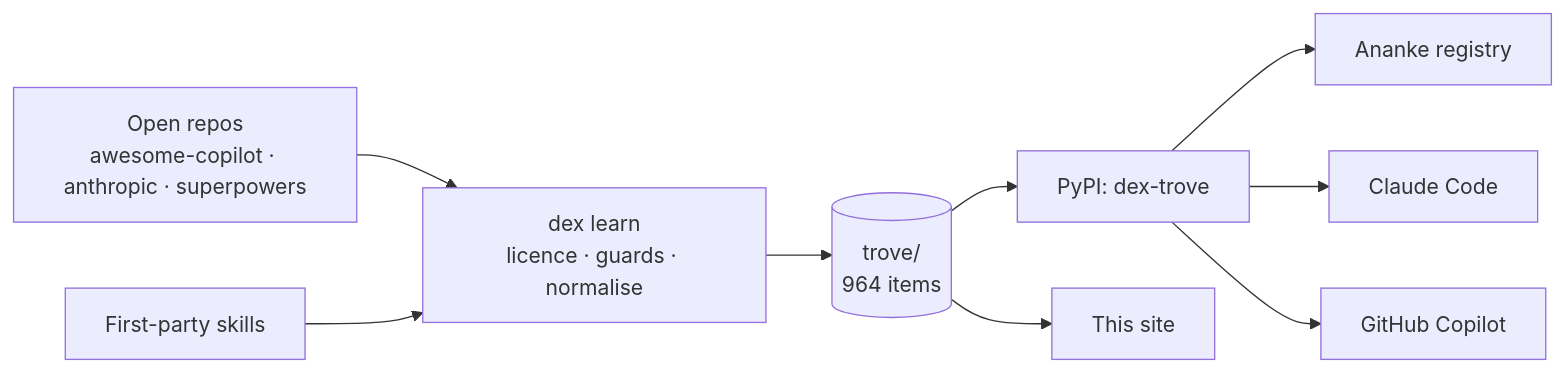
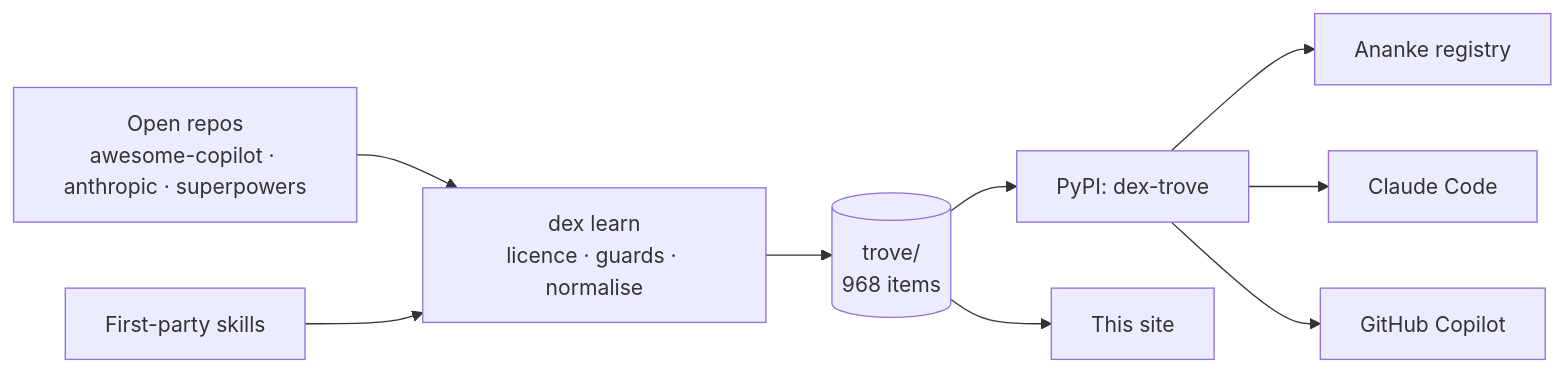
One commit to Neo-Pragnya/Dex-Trove changed the diagram in docs/index.md. Above: the diagram before and after it, drawn with Mermaid. The commit also changed 17 other files, not shown here.

````diff
--- a/docs/index.md
+++ b/docs/index.md
@@ -17,11 +17,11 @@
 ```mermaid
 flowchart LR
   U[Open repos<br/>awesome-copilot · anthropic · superpowers] --> L[dex learn<br/>licence · guards · normalise]
   F[First-party skills] --> L
-  L --> T[(trove/<br/>964 items)]
+  L --> T[(trove/<br/>968 items)]
   T --> P[PyPI: dex-trove]
   P --> A[Ananke registry]
   P --> C[Claude Code]
   P --> G[GitHub Copilot]
   T --> W[This site]
 ```
````
